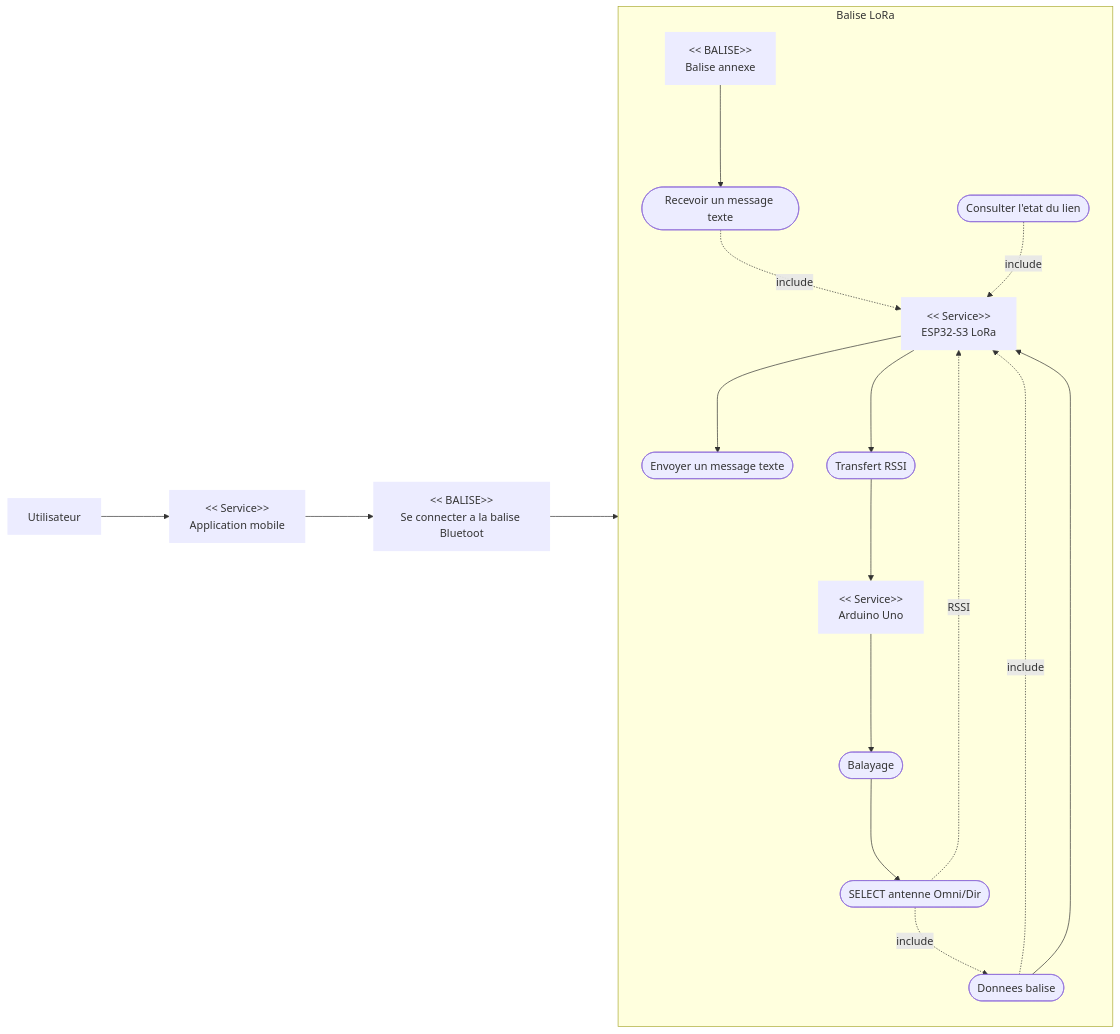
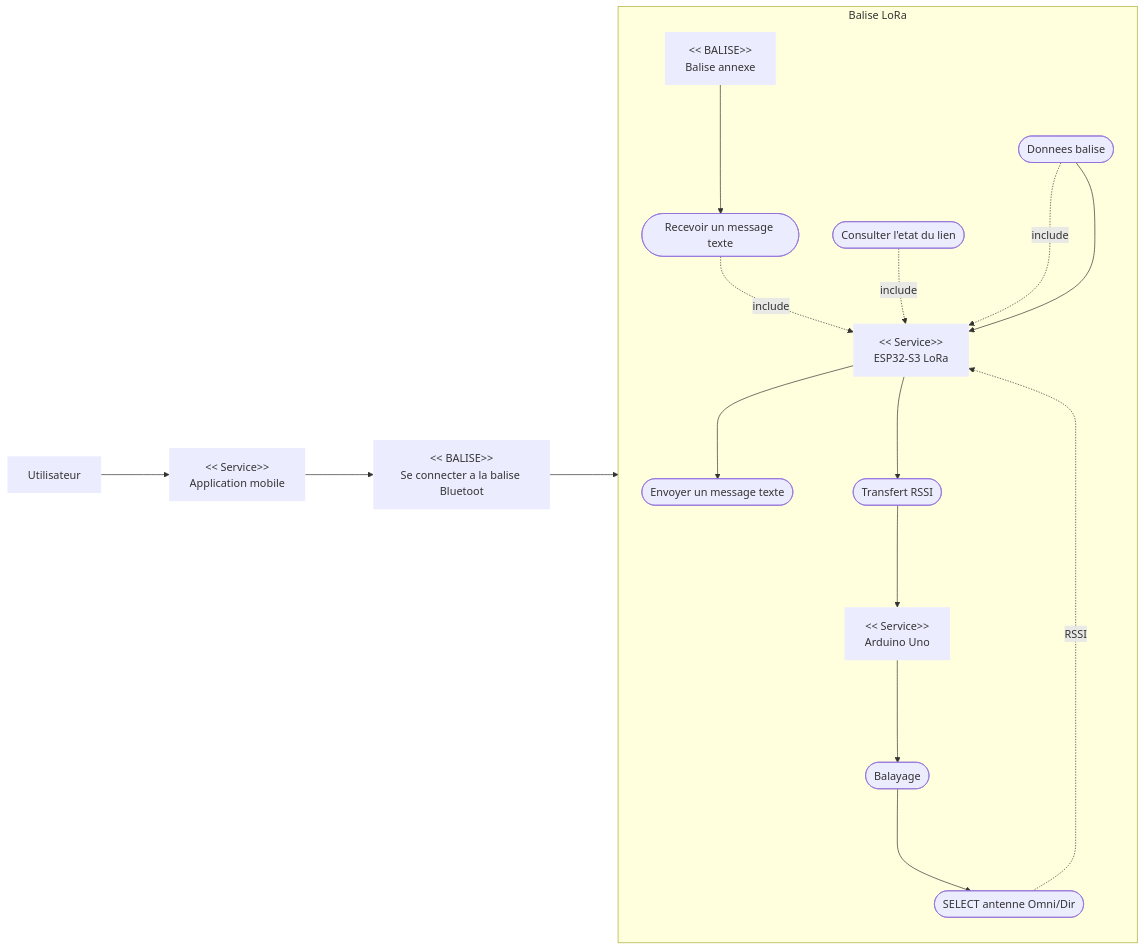
The first of 7 diagrams in Diagrammes_SysML_Projet_LoRa.md (SHU445/Projet-LoRa-72h), drawn with Mermaid before and after one commit.

Commit message:
"CorrectUseCase4.8"

````diff
--- a/Diagrammes_SysML_Projet_LoRa.md
+++ b/Diagrammes_SysML_Projet_LoRa.md
@@ -12,41 +12,40 @@
 ```mermaid
 flowchart LR
   rU["Utilisateur"]:::role
   rAPP["<< Service>>\nApplication mobile"]:::role
   rESP["<< Service>>\nESP32-S3 LoRa"]:::role
   rARD["<< Service>>\nArduino Uno"]:::role
   rCONN["<< BALISE>>\nSe connecter a la balise Bluetoot"]:::role
 
   rOTB["<< BALISE>>\nBalise annexe"]:::role
 
   subgraph S["Balise LoRa"]
     direction TB
     ucSend([Envoyer un message texte])
     ucReceive([Recevoir un message texte])
     ucStatus([Consulter l'etat du lien])
     ucData([Donnees balise])
     ucSelectAntenna([SELECT antenne Omni/Dir])
     ucScan([Balayage])
     ucRssi([Transfert RSSI])
 
     rESP ---> ucSend
     ucReceive -. include .-> rESP
     ucStatus -. include .-> rESP
     ucData -. include .-> rESP
-    ucSelectAntenna -. include .-> ucData
     ucScan ---> ucSelectAntenna
     rESP ---> ucRssi ---> rARD
     rOTB ---> ucReceive
   end
 
   rU ---> rAPP
   rAPP ---> rCONN
   rCONN ---> rESP
 
   ucData ---> rESP
   ucSelectAntenna -. RSSI .-> rESP
 
   rARD ---> ucScan
 
   classDef role stroke-width:0px;
 ```
````
